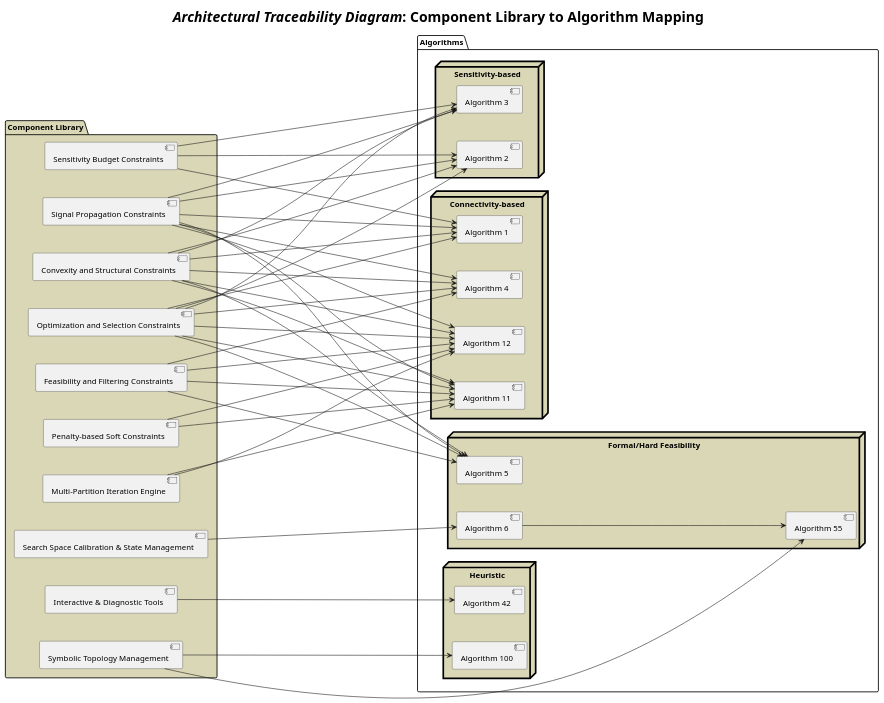
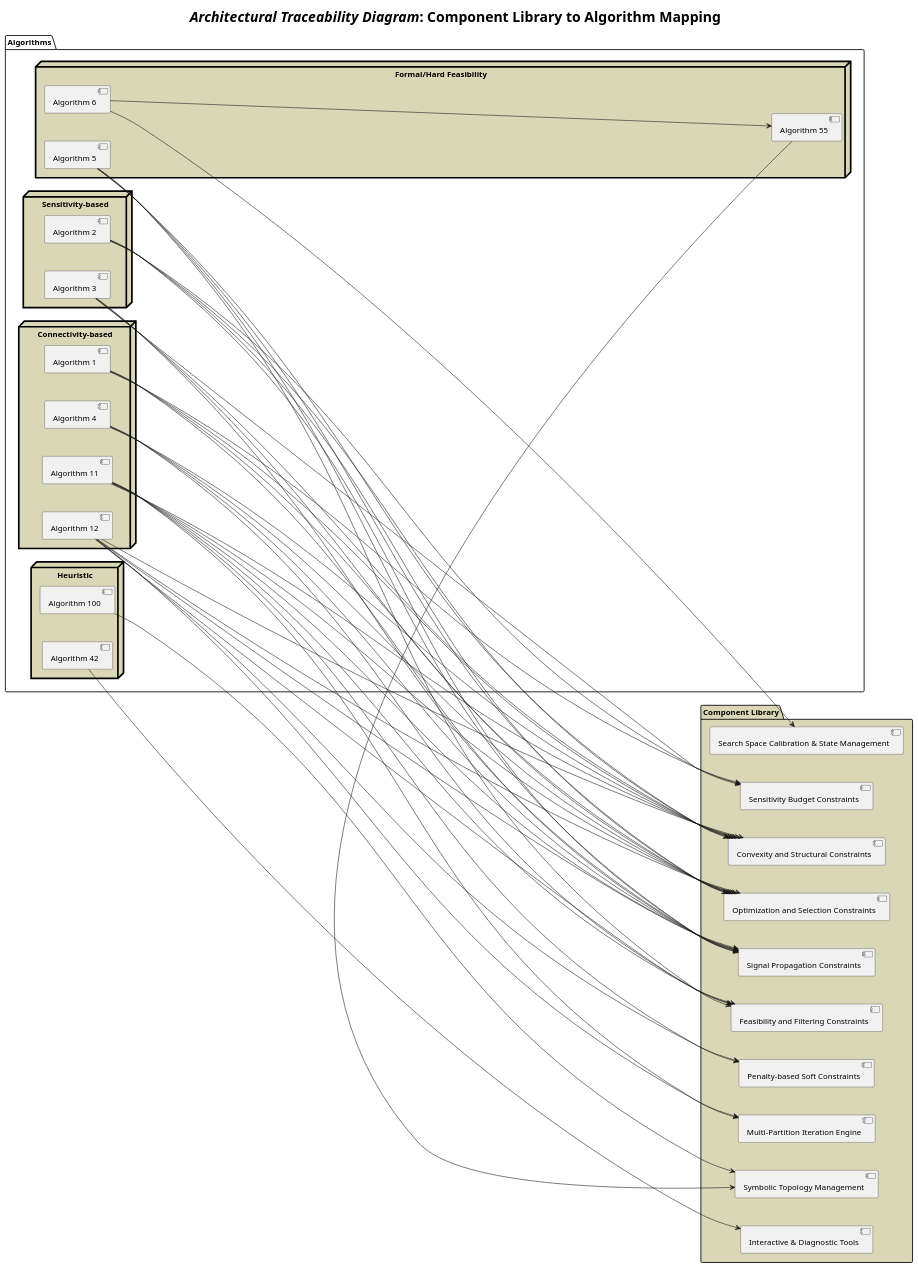
Before and after one commit to LP-RG/subxpat: the diagram in sxpat/architecture_map.puml, drawn with PlantUML.

Commit message:
#202: Update traceability diagram dependency arrows to UML 'Usage' convention (User --> Used)

```diff
--- a/sxpat/architecture_map.puml
+++ b/sxpat/architecture_map.puml
@@ -1,114 +1,114 @@
 @startuml
 skinparam componentStyle uml2
 left to right direction
 
 skinparam nodesep 50
-skinparam Ranksep 400
+skinparam Ranksep 1000
 skinparam titleFontSize 25
 
 <style>
 node {
     LineColor black
     LineThickness 3.0
     BackgroundColor #D9D7B6
 }
 </style>
 
 title 
     <i>Architectural Traceability Diagram</i>: Component Library to Algorithm Mapping
 end title
 
 package "Component Library" #D9D7B6 {
     [Signal Propagation Constraints] as SP
     [Convexity and Structural Constraints] as CS
     [Optimization and Selection Constraints] as OS
     [Sensitivity Budget Constraints] as SB
     [Feasibility and Filtering Constraints] as FF
     [Penalty-based Soft Constraints] as PS
     [Multi-Partition Iteration Engine] as MPE
     [Search Space Calibration & State Management] as SSCSM
     [Symbolic Topology Management] as STM
     [Interactive & Diagnostic Tools] as IDT
 }
 
 package "Algorithms" {
     node "Connectivity-based" {
         [Algorithm 1] as A1
         [Algorithm 4] as A4
         [Algorithm 11] as A11
         [Algorithm 12] as A12
     }
     node "Sensitivity-based" {
         [Algorithm 2] as A2
         [Algorithm 3] as A3
     }
     node "Formal/Hard Feasibility" {
         [Algorithm 5] as A5
         [Algorithm 6] as A6
         [Algorithm 55] as A55
     }
     node "Heuristic" {
         [Algorithm 42] as A42
         [Algorithm 100] as A100
     }
 }
 
 ' (Mapping)
 ' mapping dependencies for 'Signal Propagation Constraints'
-SP --> A1 
-SP --> A2
-SP --> A3
-SP --> A4
-SP --> A5
-SP --> A11
-SP --> A12
+A1 --> SP
+A2 --> SP
+A3 --> SP
+A4 --> SP
+A5 --> SP
+A11 --> SP
+A12 --> SP
 
 ' mapping dependencies for 'Convexity and Structural Constraints'
-CS --> A1 
-CS --> A2
-CS --> A3
-CS --> A4
-CS --> A5
-CS --> A11
-CS --> A12
+A1 --> CS
+A2 --> CS
+A3 --> CS
+A4 --> CS
+A5 --> CS
+A11 --> CS
+A12 --> CS
 
 ' mapping dependencies for 'Optimization and Selection Constraints'
-OS --> A1 
-OS --> A2
-OS --> A3
-OS --> A4
-OS --> A5
-OS --> A11
-OS --> A12
+A1 --> OS
+A2 --> OS
+A3 --> OS
+A4 --> OS
+A5 --> OS
+A11 --> OS
+A12 --> OS
 
 ' mapping dependencies for 'Sensitivity Budget Constraints'
-SB --> A1
-SB --> A2
-SB --> A3
+A1 --> SB
+A2 --> SB
+A3 --> SB
 
 ' mapping dependencies for 'Feasibility and Filtering Constraints'
-FF --> A4
-FF --> A5 
-FF --> A11 
-FF --> A12 
+A4 --> FF
+A5 --> FF
+A11 --> FF
+A12 --> FF
 
 ' mapping dependencies for 'Penalty-based Soft Constraints'
-PS --> A11
-PS --> A12
+A11 --> PS
+A12 --> PS
 
 ' mapping dependencies for 'Multi-Partition Iteration Engine'
-MPE --> A11
-MPE --> A12
+A11 --> MPE
+A12 --> MPE
 
 ' mapping dependencies for 'Search Space Calibration & State Management'
-SSCSM --> A6
+A6 --> SSCSM
 
 ' mapping dependencies for 'Symbolic Topology Management'
-STM --> A55
-STM --> A100
+A55 --> STM
+A100 --> STM
 A6 --> A55
 
 ' mapping dependencies for 'Interactive & Diagnostic Tools'
-IDT --> A42
+A42 --> IDT
 
 @enduml
```
